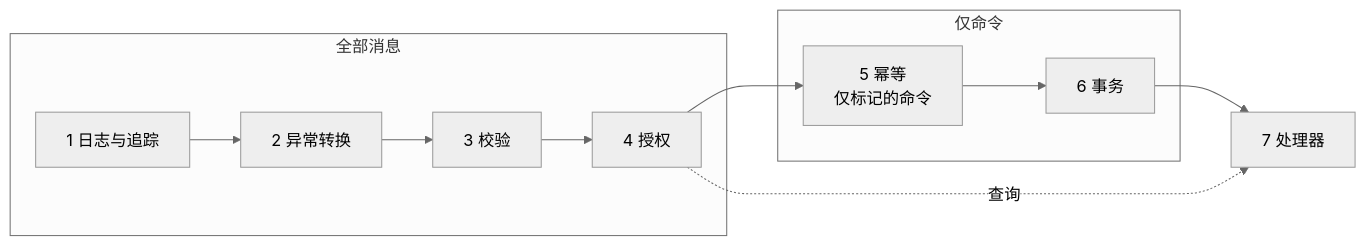
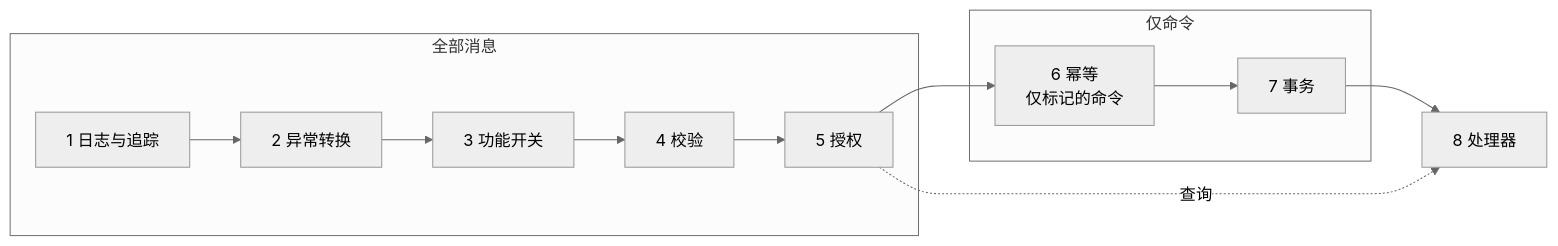
The first of 4 diagrams in docs/framework/05-infrastructure/05-02-应用层与中介者管道.md (gw-hhh/KMIC.Platform), drawn with Mermaid (neutral theme) before and after one commit. The commit also changed other lines of this file and 349 other files, not shown here.

````diff
--- a/docs/framework/05-infrastructure/05-02-应用层与中介者管道.md
+++ b/docs/framework/05-infrastructure/05-02-应用层与中介者管道.md
@@ -182,12 +182,12 @@
 ```mermaid
 graph LR
     subgraph 全部消息
-        L[1 日志与追踪] --> X[2 异常转换] --> V[3 校验] --> A[4 授权]
+        L[1 日志与追踪] --> X[2 异常转换] --> F[3 功能开关] --> V[4 校验] --> A[5 授权]
     end
     subgraph 仅命令
-        I[5 幂等<br/>仅标记的命令] --> T[6 事务]
+        I[6 幂等<br/>仅标记的命令] --> T[7 事务]
     end
     A --> I
-    T --> H[7 处理器]
+    T --> H[8 处理器]
     A -. 查询 .-> H
 ```
````
